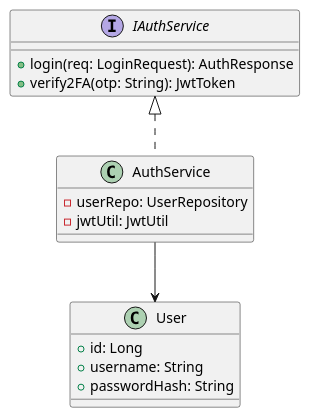
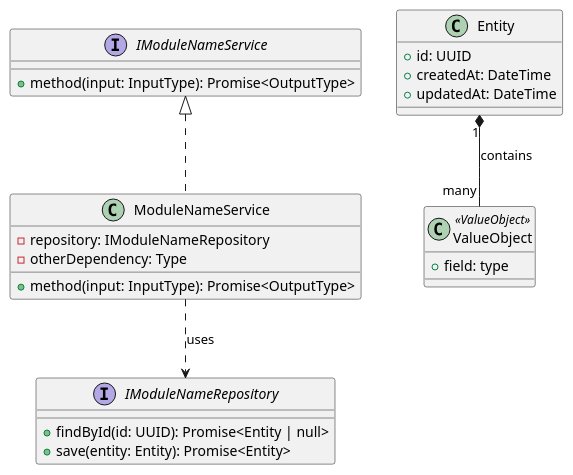
The first of 4 diagrams in 04_testing/mod2_booking/EDS_MOD2_SPEC.md (Luuxinhxinh/hoanien-resort), drawn with PlantUML before and after one commit. The commit also changed other lines of this file and 84 other files, not shown here.

````diff
--- a/04_testing/mod2_booking/EDS_MOD2_SPEC.md
+++ b/04_testing/mod2_booking/EDS_MOD2_SPEC.md
@@ -77,18 +163,31 @@
 ```plantuml
 @startuml
-interface IAuthService {
-  +login(req: LoginRequest): AuthResponse
-  +verify2FA(otp: String): JwtToken
+interface IModuleNameService {
+  +method(input: InputType): Promise<OutputType>
 }
-class AuthService implements IAuthService {
-  -userRepo: UserRepository
-  -jwtUtil: JwtUtil
+
+class ModuleNameService implements IModuleNameService {
+  -repository: IModuleNameRepository
+  -otherDependency: Type
+  +method(input: InputType): Promise<OutputType>
 }
-class User {
-  +id: Long
-  +username: String
-  +passwordHash: String
+
+interface IModuleNameRepository {
+  +findById(id: UUID): Promise<Entity | null>
+  +save(entity: Entity): Promise<Entity>
 }
-AuthService --> User
-@enduml
+
+class Entity {
+  +id: UUID
+  +createdAt: DateTime
+  +updatedAt: DateTime
+}
+
+class ValueObject <<ValueObject>> {
+  +field: type
+}
+
+Entity "1" *-- "many" ValueObject : contains
+ModuleNameService ..> IModuleNameRepository : uses
+@endum
 ```
````
